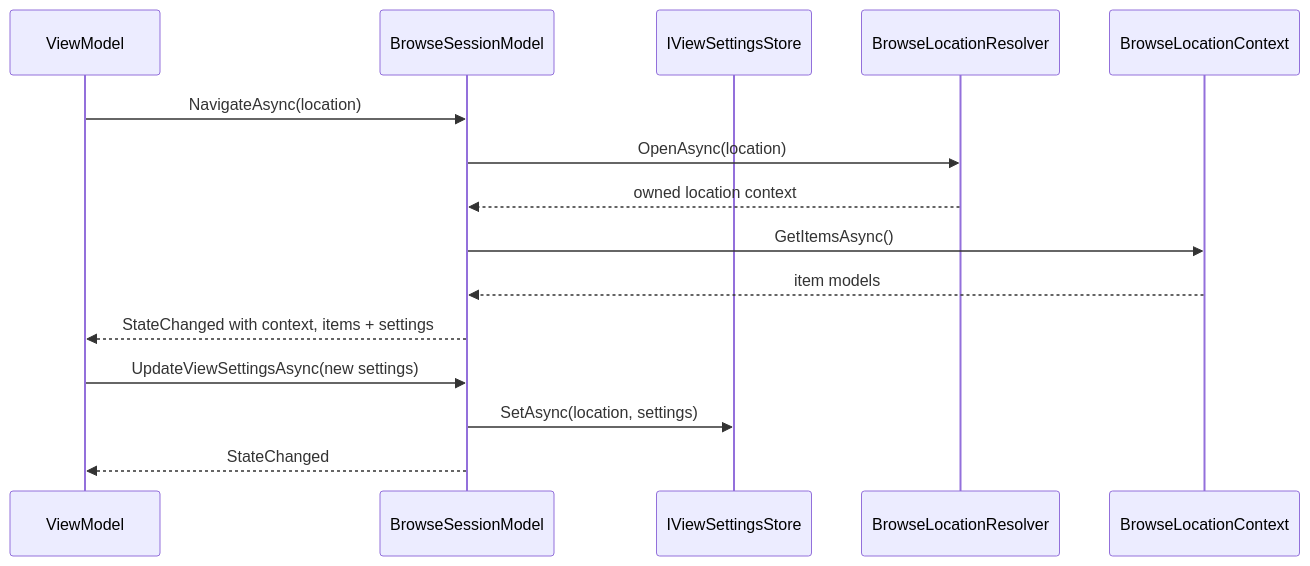
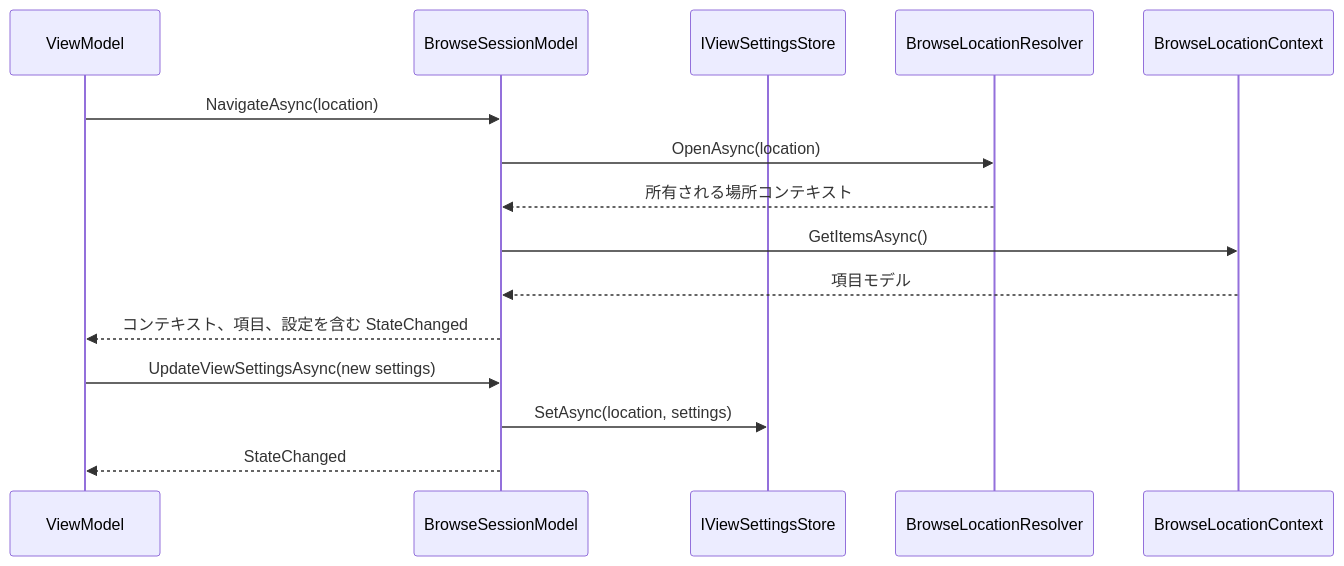
One commit to 0x5bfa/Files changed the second of 3 diagrams in docs/architecture/view-settings.md. Above: the diagram before and after it, drawn with Mermaid. The commit also changed other lines of this file and 18 other files, not shown here.

Commit message:
Translate architecture docs to Japanese

````diff
--- a/docs/architecture/view-settings.md
+++ b/docs/architecture/view-settings.md
@@ -41,18 +41,18 @@
 ```mermaid
 sequenceDiagram
     participant VM as ViewModel
     participant Session as BrowseSessionModel
     participant Store as IViewSettingsStore
     participant Resolver as BrowseLocationResolver
     participant Context as BrowseLocationContext
 
     VM->>Session: NavigateAsync(location)
     Session->>Resolver: OpenAsync(location)
-    Resolver-->>Session: owned location context
+    Resolver-->>Session: 所有される場所コンテキスト
     Session->>Context: GetItemsAsync()
-    Context-->>Session: item models
-    Session-->>VM: StateChanged with context, items + settings
+    Context-->>Session: 項目モデル
+    Session-->>VM: コンテキスト、項目、設定を含む StateChanged
     VM->>Session: UpdateViewSettingsAsync(new settings)
     Session->>Store: SetAsync(location, settings)
     Session-->>VM: StateChanged
 ```
````
